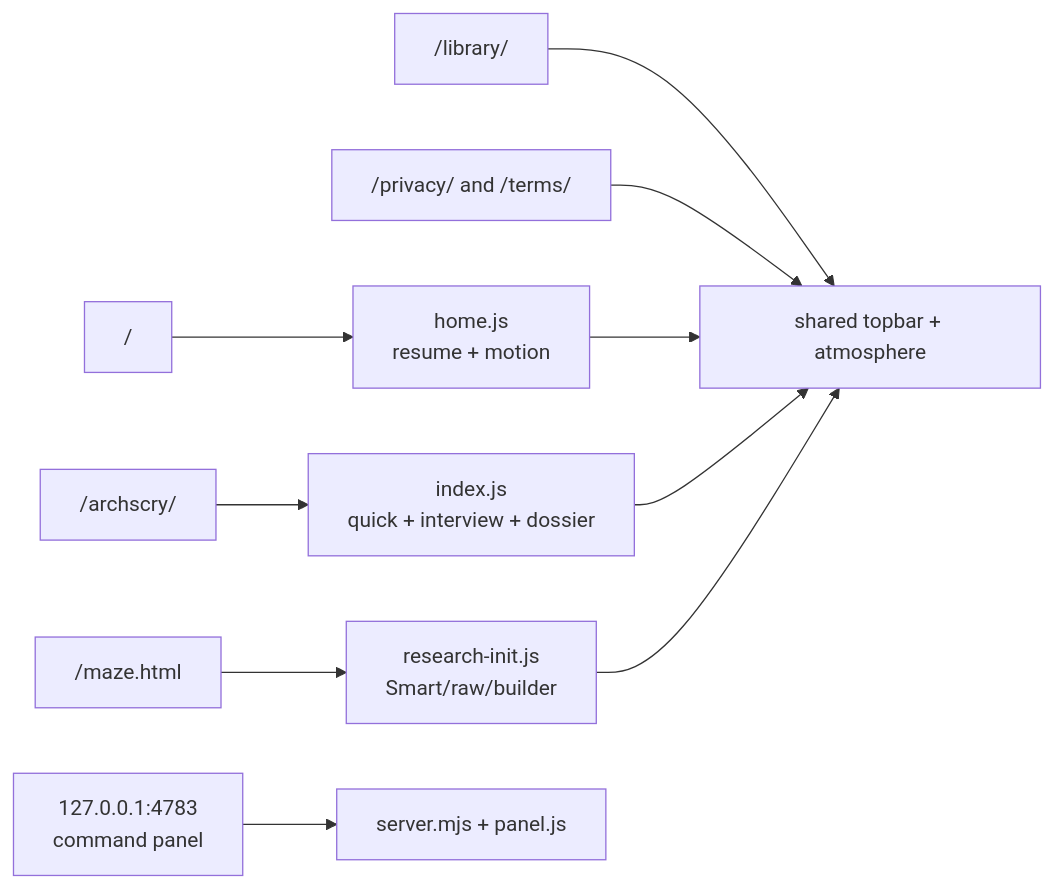
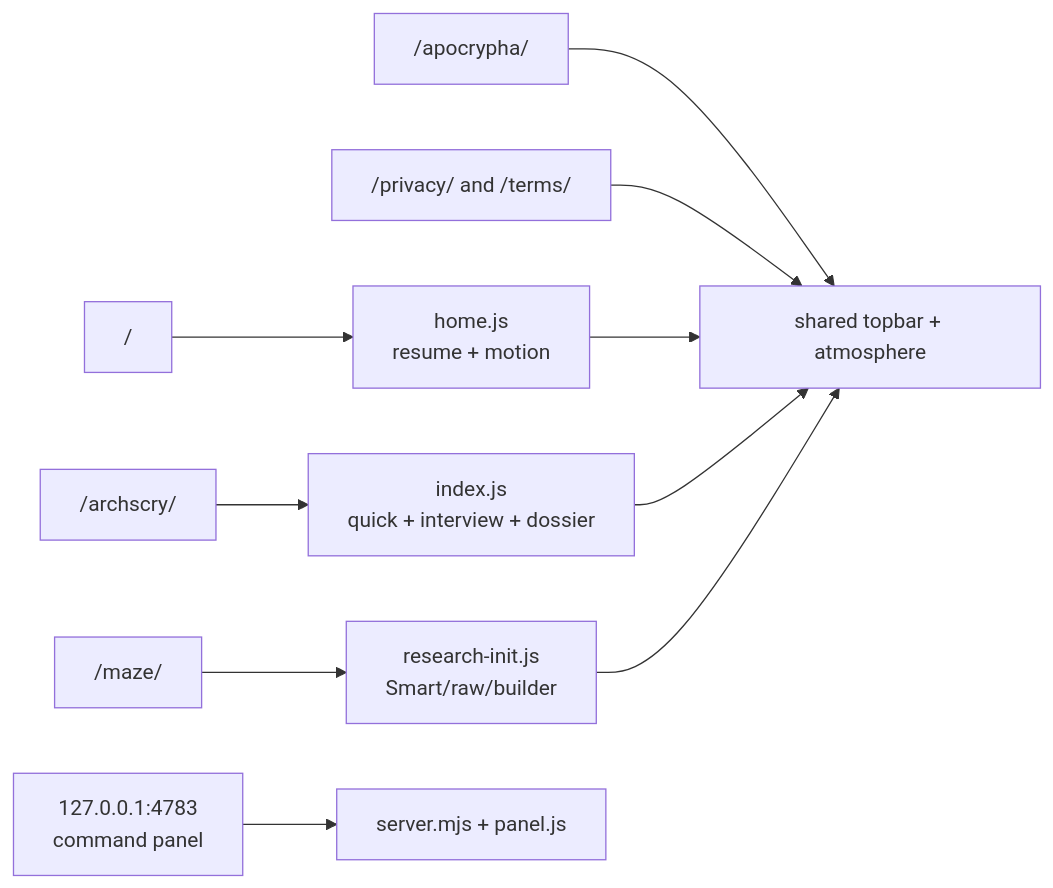
Before and after one commit to rboles84/mtgSiteWIP: the diagram in docs/diagrams/route-map.mmd, drawn with Mermaid. The commit also changed 43 other files, not shown here.

```diff
--- a/docs/diagrams/route-map.mmd
+++ b/docs/diagrams/route-map.mmd
@@ -1,21 +1,21 @@
 flowchart LR
   Root["/"]
   HomeJS["home.js<br/>resume + motion"]
   Arch["/archscry/"]
   PlaceJS["index.js<br/>quick + interview + dossier"]
-  Maze["/maze.html"]
+  Maze["/maze/"]
   ResearchJS["research-init.js<br/>Smart/raw/builder"]
-  Library["/library/"]
+  Library["/apocrypha/"]
   Policy["/privacy/ and /terms/"]
   Shared["shared topbar + atmosphere"]
   Panel["127.0.0.1:4783<br/>command panel"]
 
   Root --> HomeJS
   Arch --> PlaceJS
   Maze --> ResearchJS
   Library --> Shared
   Policy --> Shared
   HomeJS --> Shared
   PlaceJS --> Shared
   ResearchJS --> Shared
   Panel --> SharedPanel["server.mjs + panel.js"]
```
